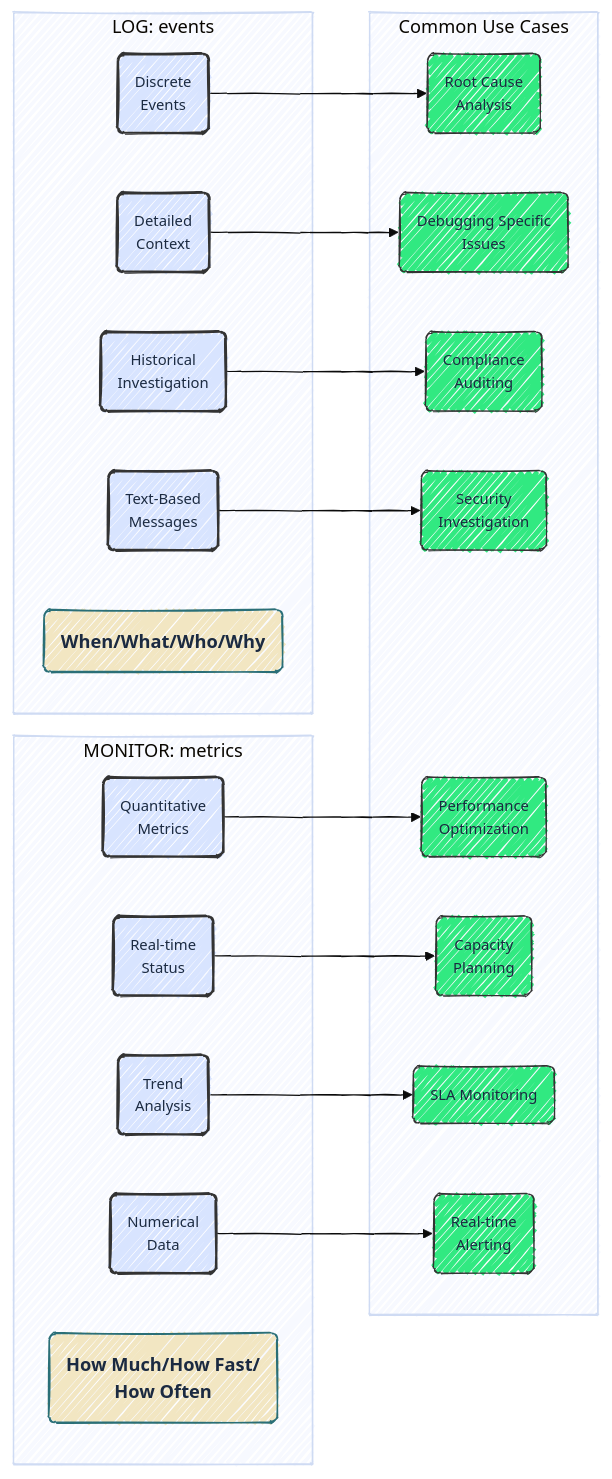
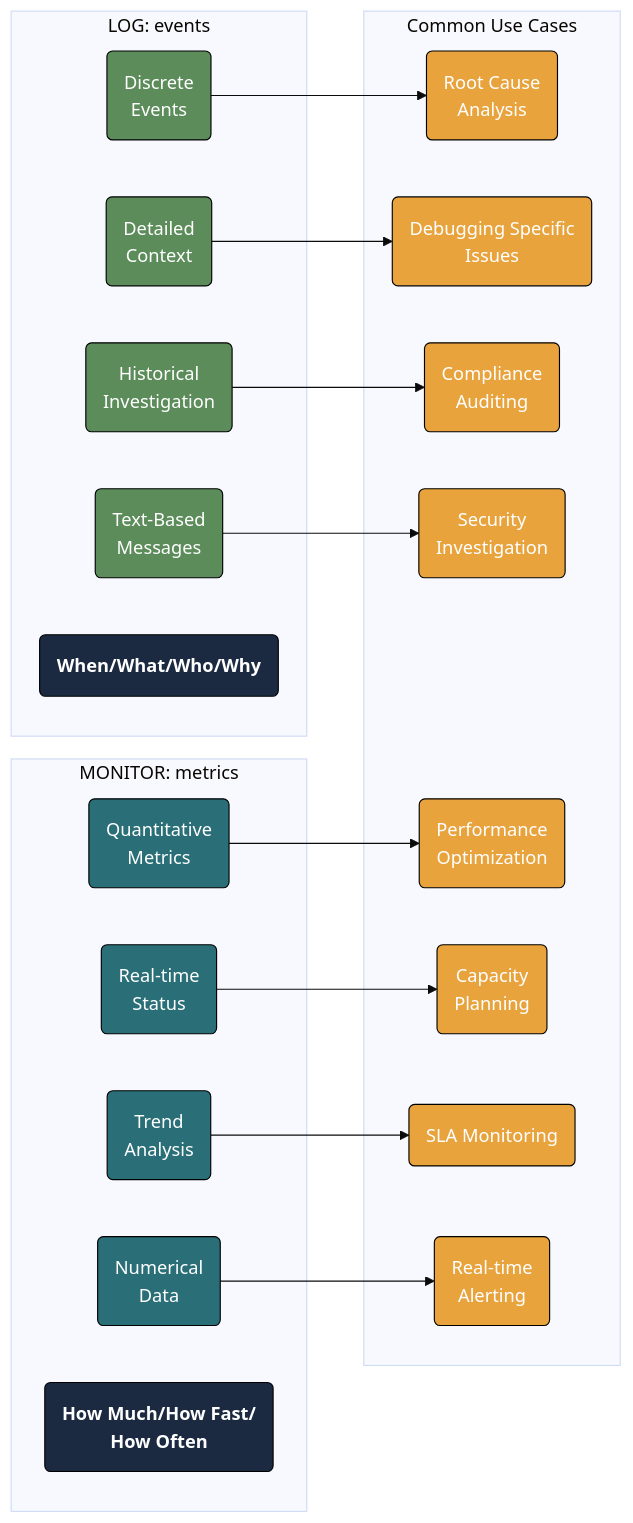
The first of 4 diagrams in lab04.qmd (mjfrigaard/do4ds-labs), drawn with Mermaid before and after one commit. The commit also changed other lines of this file and 48 other files, not shown here.

````diff
--- a/lab04.qmd
+++ b/lab04.qmd
@@ -56,54 +50,64 @@
 ```{mermaid}
 %%| fig-cap: 'Logging vs. Monitoring'
-%%| fig-align: center
+%%| fig-align: 'center'
 %%| fig-width: 6.5
-%%{init: {'theme': 'base', 'look': 'handDrawn', 'themeVariables': {'fontFamily': 'monospace'}}}%%
+%%{init: {'theme': 'base', 'themeVariables': {'fontFamily': 'monospace'}}}%%
 
 graph LR
     subgraph "LOG: events"
         L1("Discrete<br>Events")
         L2("Detailed<br>Context")
         L3("Historical<br>Investigation")
         L4("Text-Based<br>Messages")
         L5("<strong>When/What/Who/Why</strong>")
     end
     
     subgraph "MONITOR: metrics"
         M1("Quantitative<br>Metrics")
         M2("Real-time<br>Status")
         M3("Trend<br>Analysis")
         M4("Numerical<br>Data")
         M5("<strong>How Much/How Fast/<br>How Often</strong>")
     end
     
     subgraph "Common Use Cases"
         LC("Root Cause<br>Analysis")
         LC2("Debugging Specific<br>Issues")
         LC3("Compliance<br>Auditing")
         LC4("Security<br>Investigation")
         
         MC("Performance<br>Optimization")
         MC2("Capacity<br>Planning")
         MC3("SLA Monitoring")
         MC4("Real-time<br>Alerting")
     end
     
     L1 --> LC
     L2 --> LC2
     L3 --> LC3
     L4 --> LC4
     
     M1 --> MC
     M2 --> MC2
     M3 --> MC3
     M4 --> MC4
     
-    classDef logging fill:#d8e4ff,stroke:#333,stroke-width:2px,rx:6,ry:6,text-align:center,font-size:13px
-    classDef monitoring fill:#d8e4ff,stroke:#333,stroke-width:2px,rx:6,ry:6,text-align:center,font-size:13px
-    classDef usecase fill:#31e981,stroke:#333,stroke-width:1px,rx:6,ry:6,text-align:center,font-size:13px
-    
-    class L1,L2,L3,L4 logging
-    class M1,M2,M3,M4 monitoring
-    class LC,LC2,LC3,LC4,MC,MC2,MC3,MC4 usecase
-    classDef default fill:#F2E6C2,stroke:#2A6F77,color:#1B2A41
+    style L1 fill:#5B8C5A,stroke:#000000,stroke-width:1px,color:#ffffff
+    style L2 fill:#5B8C5A,stroke:#000000,stroke-width:1px,color:#ffffff
+    style L3 fill:#5B8C5A,stroke:#000000,stroke-width:1px,color:#ffffff
+    style L4 fill:#5B8C5A,stroke:#000000,stroke-width:1px,color:#ffffff
+    style L5 fill:#1B2A41,stroke:#000000,stroke-width:1px,color:#ffffff
+    style M1 fill:#2A6F77,stroke:#000000,stroke-width:1px,color:#ffffff
+    style M2 fill:#2A6F77,stroke:#000000,stroke-width:1px,color:#ffffff
+    style M3 fill:#2A6F77,stroke:#000000,stroke-width:1px,color:#ffffff
+    style M4 fill:#2A6F77,stroke:#000000,stroke-width:1px,color:#ffffff
+    style M5 fill:#1B2A41,stroke:#000000,stroke-width:1px,color:#ffffff
+    style LC fill:#E8A33D,stroke:#000000,stroke-width:1px,color:#ffffff
+    style LC2 fill:#E8A33D,stroke:#000000,stroke-width:1px,color:#ffffff
+    style LC3 fill:#E8A33D,stroke:#000000,stroke-width:1px,color:#ffffff
+    style LC4 fill:#E8A33D,stroke:#000000,stroke-width:1px,color:#ffffff
+    style MC fill:#E8A33D,stroke:#000000,stroke-width:1px,color:#ffffff
+    style MC2 fill:#E8A33D,stroke:#000000,stroke-width:1px,color:#ffffff
+    style MC3 fill:#E8A33D,stroke:#000000,stroke-width:1px,color:#ffffff
+    style MC4 fill:#E8A33D,stroke:#000000,stroke-width:1px,color:#ffffff
 ```
````
